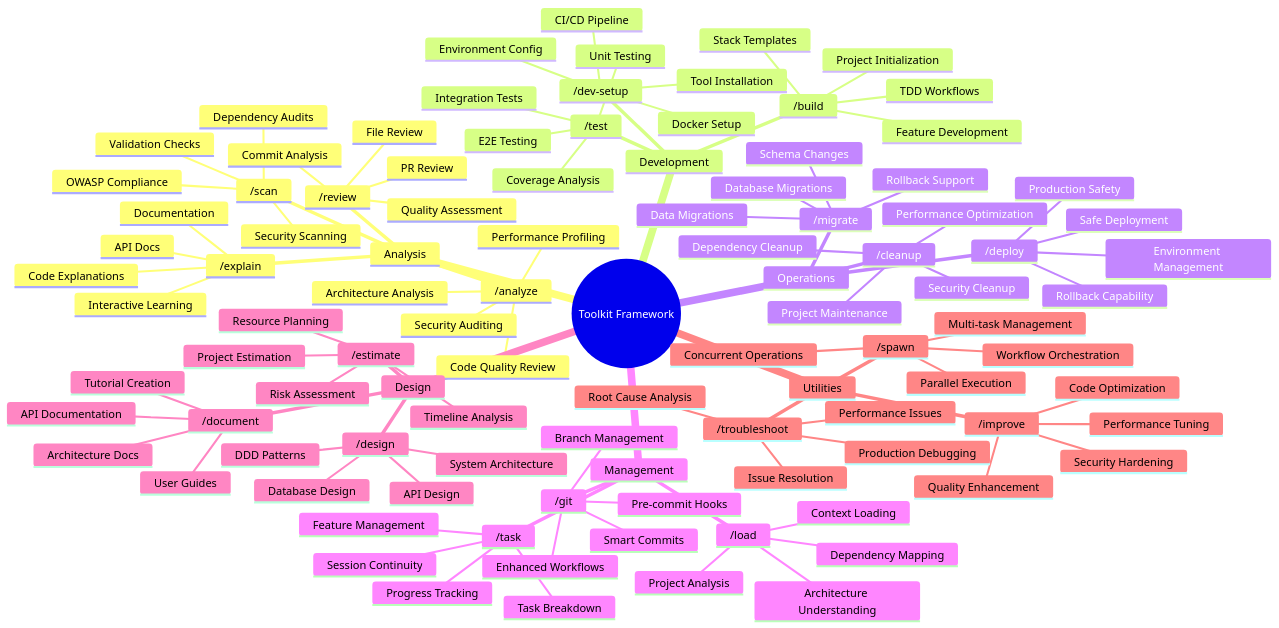
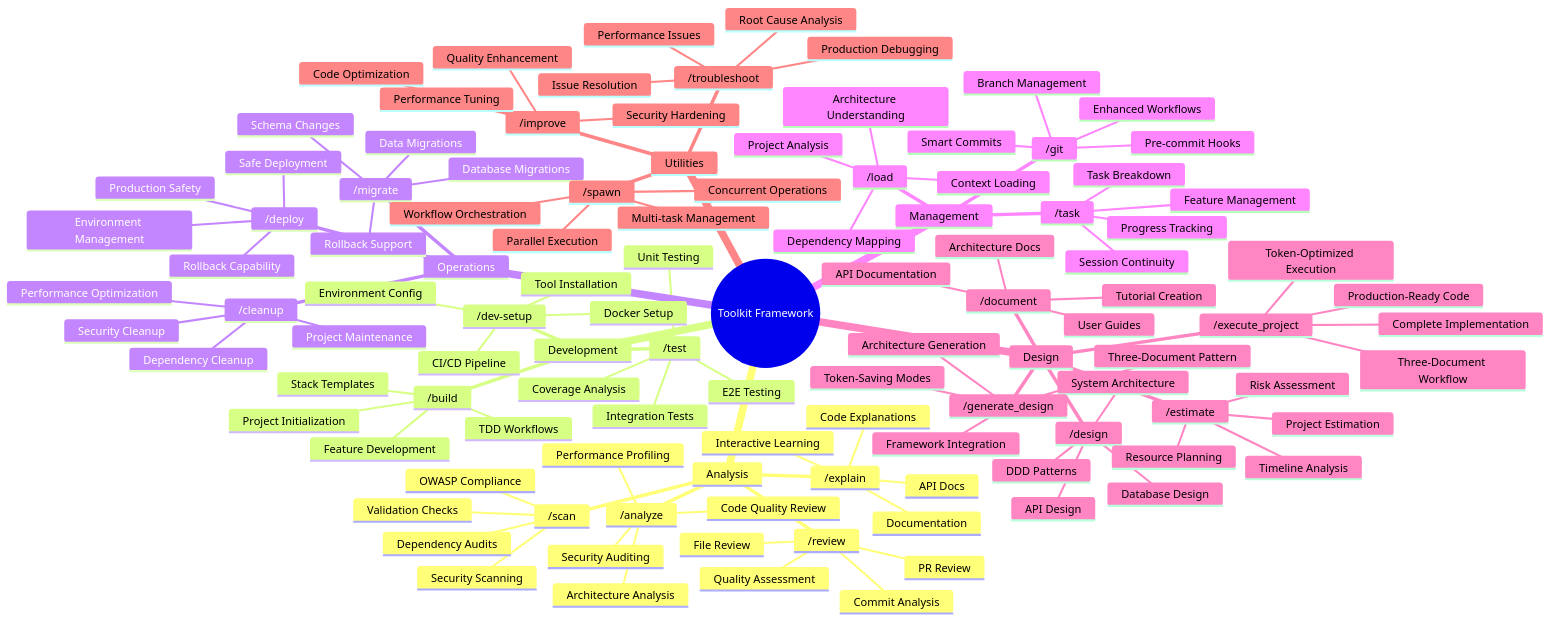
One commit to MikeQin/context-engineering changed the first of 3 diagrams in toolkit/TUTORIAL.md. Above: the diagram before and after it, drawn with Mermaid. The commit also changed other lines of this file and 11 other files, not shown here.

```diff
--- a/toolkit/TUTORIAL.md
+++ b/toolkit/TUTORIAL.md
@@ -91,6 +91,16 @@
         API Design
         Database Design
         DDD Patterns
+      /generate_design
+        Three-Document Pattern
+        Architecture Generation
+        Token-Saving Modes
+        Framework Integration
+      /execute_project
+        Complete Implementation
+        Production-Ready Code
+        Three-Document Workflow
+        Token-Optimized Execution
       /document
         API Documentation
         User Guides
```
